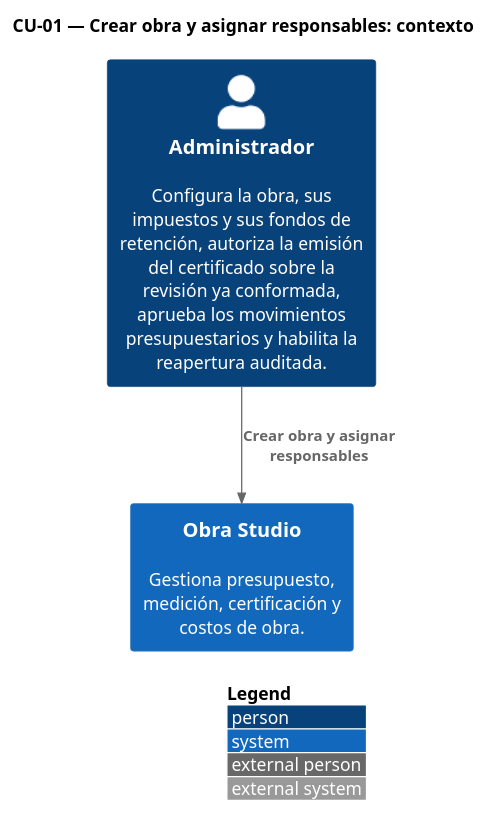
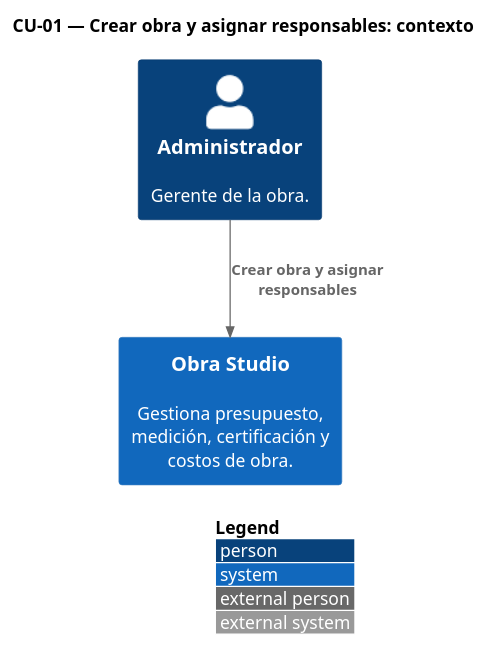
One commit to Ssrrb/TPF-teoria changed the diagram in modelo/c4/C4-CU01-contexto.puml. Above: the diagram before and after it, drawn with PlantUML. The commit also changed 40 other files, not shown here.

```diff
--- a/modelo/c4/C4-CU01-contexto.puml
+++ b/modelo/c4/C4-CU01-contexto.puml
@@ -1,10 +1,10 @@
 @startuml
 !include <C4/C4_Context>
 LAYOUT_WITH_LEGEND()
 title CU-01 — Crear obra y asignar responsables: contexto
 
-Person(ADM, "Administrador", "Configura la obra, sus impuestos y sus fondos de retención, autoriza la emisión del certificado sobre la revisión ya conformada, aprueba los movimientos presupuestarios y habilita la reapertura auditada.")
+Person(ADM, "Administrador", "Gerente de la obra.")
 System(obra, "Obra Studio", "Gestiona presupuesto, medición, certificación y costos de obra.")
 
 Rel(ADM, obra, "Crear obra y asignar responsables")
 @enduml
```
